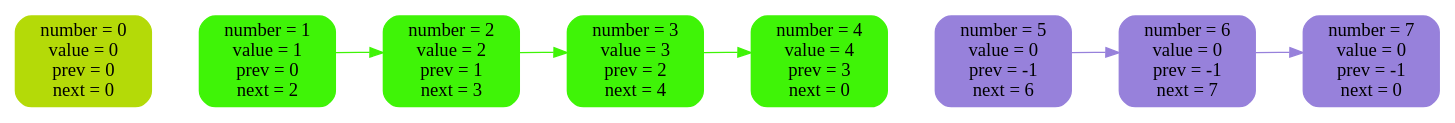
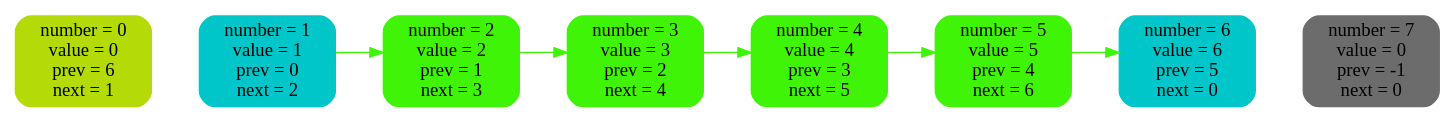
One commit to 2210223t-lang/2-linked-list changed the diagram in list_log/img/7.dot. Above: the diagram before and after it, drawn with Graphviz. The commit also changed 15 other files, not shown here.

```diff
--- a/list_log/img/7.dot
+++ b/list_log/img/7.dot
@@ -1,23 +1,23 @@
 digraph {
 rankdir = LR
-n0 [ label = "number = 0\nvalue = 0\nprev = 0\nnext = 0", shape = Mrecord, fontsize = 14,style = filled, color = "#b4da08" ]
-n1 [ label = "number = 1\nvalue = 1\nprev = 0\nnext = 2", shape = Mrecord, fontsize = 14,style = filled, color = "#3ff407" ]
+n0 [ label = "number = 0\nvalue = 0\nprev = 6\nnext = 1", shape = Mrecord, fontsize = 14,style = filled, color = "#b4da08" ]
+n1 [ label = "number = 1\nvalue = 1\nprev = 0\nnext = 2", shape = Mrecord, fontsize = 14,style = filled, color = "#00c6c9" ]
 n2 [ label = "number = 2\nvalue = 2\nprev = 1\nnext = 3", shape = Mrecord, fontsize = 14,style = filled, color = "#3ff407" ]
 n3 [ label = "number = 3\nvalue = 3\nprev = 2\nnext = 4", shape = Mrecord, fontsize = 14,style = filled, color = "#3ff407" ]
-n4 [ label = "number = 4\nvalue = 4\nprev = 3\nnext = 0", shape = Mrecord, fontsize = 14,style = filled, color = "#3ff407" ]
-n5 [ label = "number = 5\nvalue = 0\nprev = -1\nnext = 6", shape = Mrecord, fontsize = 14,style = filled, color = "#9781db" ]
-n6 [ label = "number = 6\nvalue = 0\nprev = -1\nnext = 7", shape = Mrecord, fontsize = 14,style = filled, color = "#9781db" ]
-n7 [ label = "number = 7\nvalue = 0\nprev = -1\nnext = 0", shape = Mrecord, fontsize = 14,style = filled, color = "#9781db" ]
-n0 -> n1 [ style = invis, weight = 100 ]
-n1 -> n2 [ style = invis, weight = 100 ]
-n2 -> n3 [ style = invis, weight = 100 ]
-n3 -> n4 [ style = invis, weight = 100 ]
-n4 -> n5 [ style = invis, weight = 100 ]
-n5 -> n6 [ style = invis, weight = 100 ]
-n6 -> n7 [ style = invis, weight = 100 ]
-n1 -> n2 [style = filled, color = "#3ff407" ]
-n2 -> n3 [style = filled, color = "#3ff407" ]
-n3 -> n4 [style = filled, color = "#3ff407" ]
-n5 -> n6 [style = filled, color = "#9781db" ]
-n6 -> n7 [style = filled, color = "#9781db" ]
+n4 [ label = "number = 4\nvalue = 4\nprev = 3\nnext = 5", shape = Mrecord, fontsize = 14,style = filled, color = "#3ff407" ]
+n5 [ label = "number = 5\nvalue = 5\nprev = 4\nnext = 6", shape = Mrecord, fontsize = 14,style = filled, color = "#3ff407" ]
+n6 [ label = "number = 6\nvalue = 6\nprev = 5\nnext = 0", shape = Mrecord, fontsize = 14,style = filled, color = "#00c6c9" ]
+n7 [ label = "number = 7\nvalue = 0\nprev = -1\nnext = 0", shape = Mrecord, fontsize = 14,style = filled, color = "#6c6c6c" ]
+n0 -> n1 [ style = invis, weight = 10000 ]
+n1 -> n2 [ style = invis, weight = 10000 ]
+n2 -> n3 [ style = invis, weight = 10000 ]
+n3 -> n4 [ style = invis, weight = 10000 ]
+n4 -> n5 [ style = invis, weight = 10000 ]
+n5 -> n6 [ style = invis, weight = 10000 ]
+n6 -> n7 [ style = invis, weight = 10000 ]
+n1 -> n2 [ color = "#3ff407" ]
+n2 -> n3 [ color = "#3ff407" ]
+n3 -> n4 [ color = "#3ff407" ]
+n4 -> n5 [ color = "#3ff407" ]
+n5 -> n6 [ color = "#3ff407" ]
 }
```
